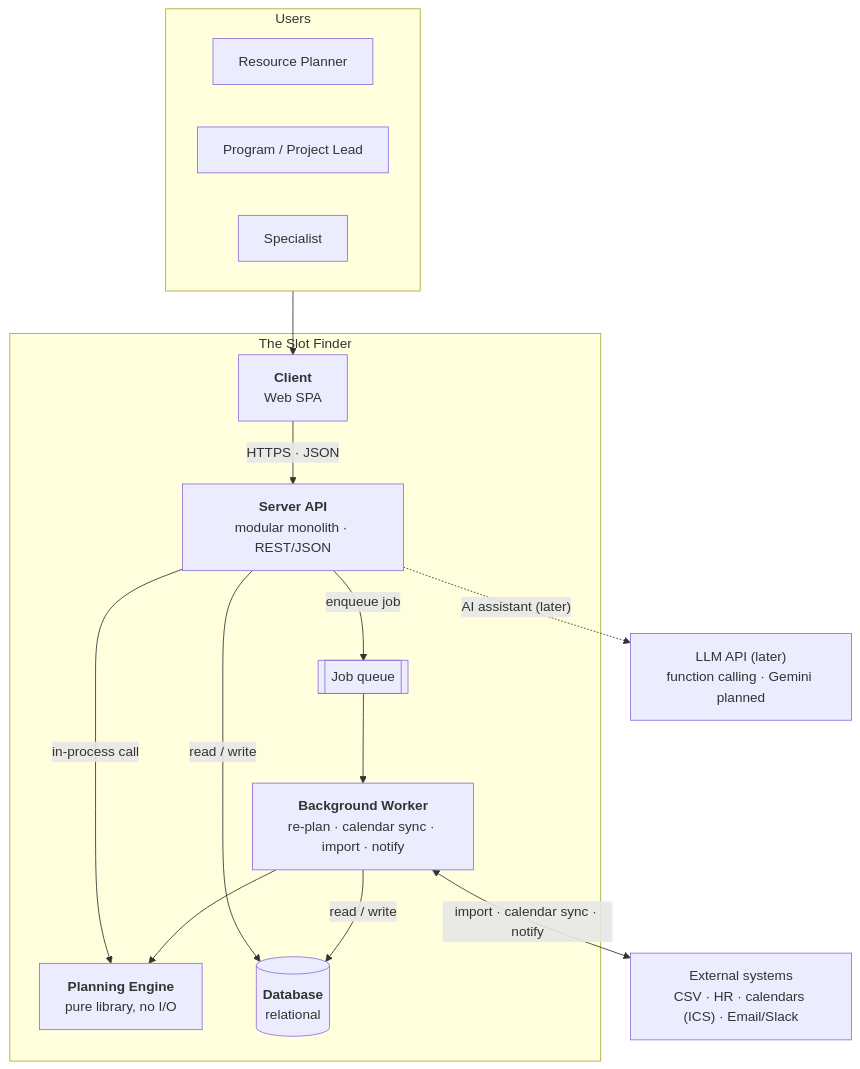
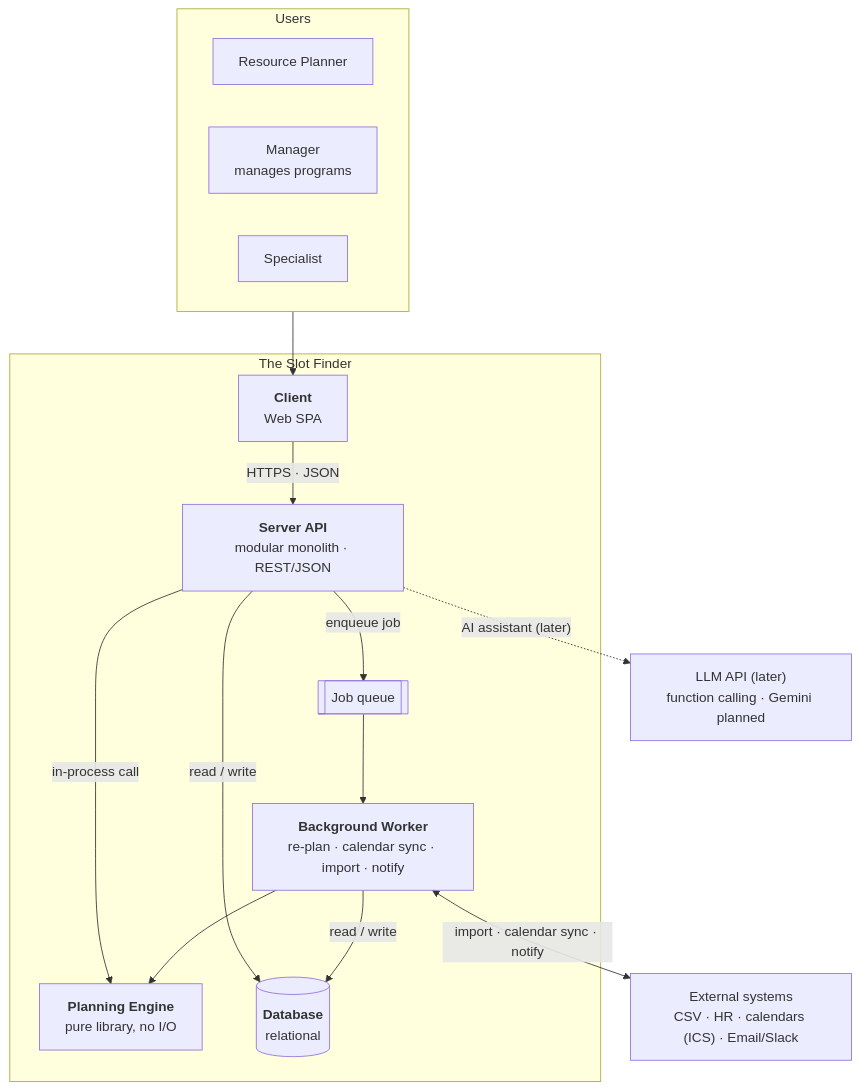
The second of 14 diagrams in README.md (dophnamm/the-slot-finder), drawn with Mermaid before and after one commit. The commit also changed other lines of this file and 6 other files, not shown here.

````diff
--- a/README.md
+++ b/README.md
@@ -99,31 +99,31 @@
 ```mermaid
 flowchart TB
   subgraph users["Users"]
     planner["Resource Planner"]
-    lead["Program / Project Lead"]
+    lead["Manager<br/>manages programs"]
     spec["Specialist"]
   end
 
   subgraph sf["The Slot Finder"]
     client["<b>Client</b><br/>Web SPA"]
     api["<b>Server API</b><br/>modular monolith · REST/JSON"]
     engine["<b>Planning Engine</b><br/>pure library, no I/O"]
     queue[["Job queue"]]
     worker["<b>Background Worker</b><br/>re-plan · calendar sync · import · notify"]
     db[("<b>Database</b><br/>relational")]
   end
 
   ext["External systems<br/>CSV · HR · calendars (ICS) · Email/Slack"]
   llm["LLM API (later)<br/>function calling · Gemini planned"]
 
   users --> client
   client -->|"HTTPS · JSON"| api
   api -->|"in-process call"| engine
   api -->|"read / write"| db
   api -->|"enqueue job"| queue
   queue --> worker
   worker --> engine
   worker -->|"read / write"| db
   worker <-->|"import · calendar sync · notify"| ext
   api -.->|"AI assistant (later)"| llm
 ```
````
